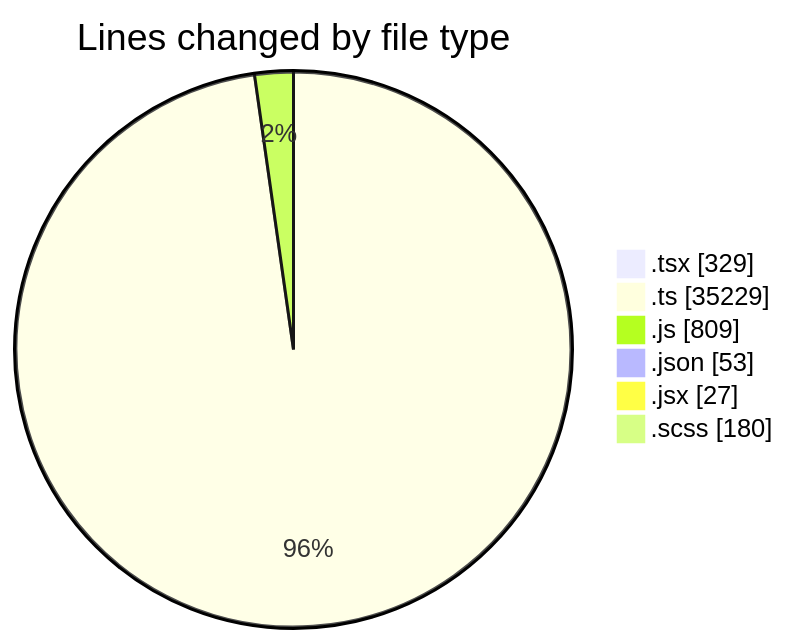
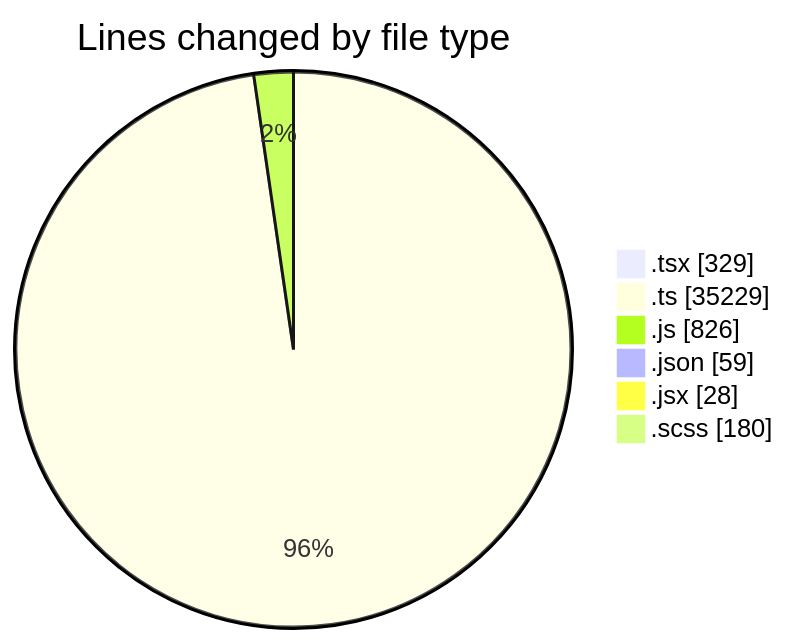
The first of 2 diagrams in 2025-12-17/cda/README.md (momahboobian/code-tracking), drawn with Mermaid before and after one commit. The commit also changed other lines of this file and 1 other file, not shown here.

````diff
--- a/2025-12-17/cda/README.md
+++ b/2025-12-17/cda/README.md
@@ -43,10 +44,10 @@
 ```mermaid
 pie showData
 title Lines changed by file type
 ".tsx" : 329
 ".ts" : 35229
-".js" : 809
-".json" : 53
-".jsx" : 27
+".js" : 826
+".json" : 59
+".jsx" : 28
 ".scss" : 180
 ```
````
